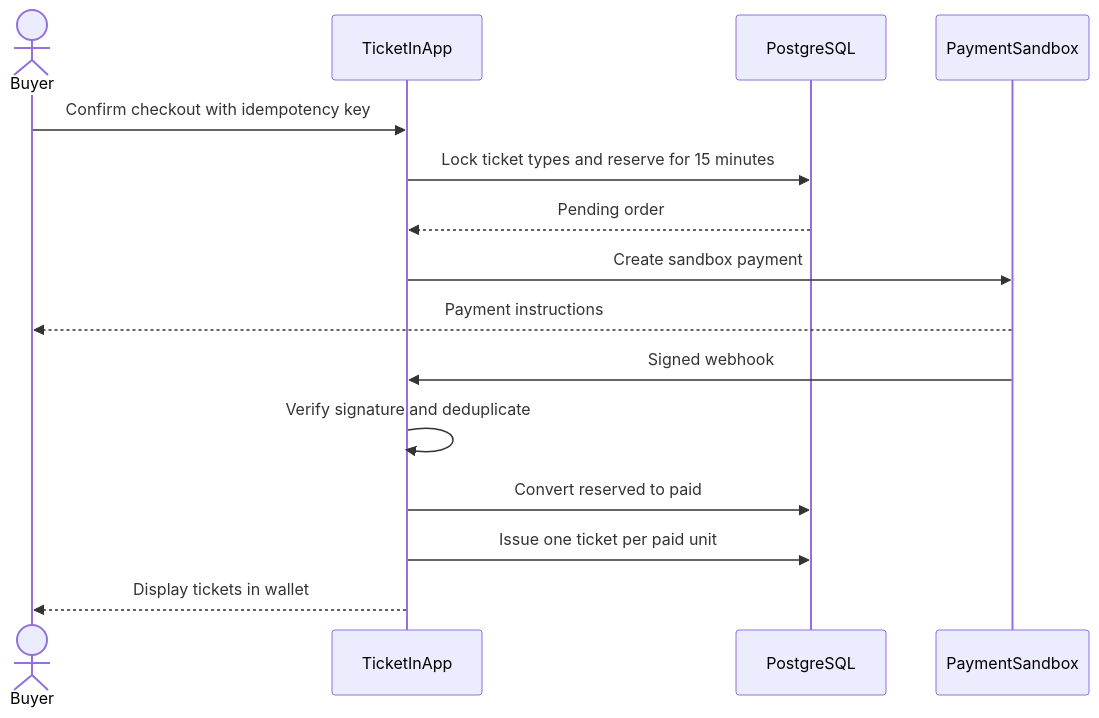
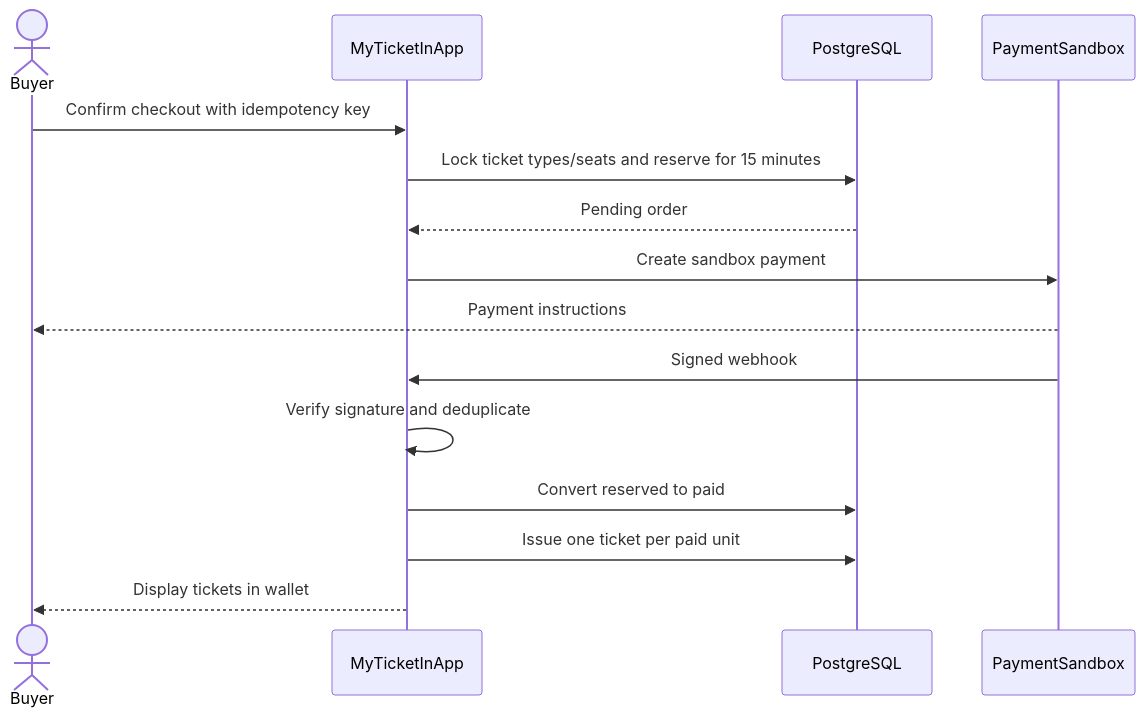
One commit to Fajrunshubhi/MyTicketIn changed the third of 5 diagrams in architecture-essentials.md. Above: the diagram before and after it, drawn with Mermaid. The commit also changed other lines of this file and 406 other files, not shown here.

````diff
--- a/architecture-essentials.md
+++ b/architecture-essentials.md
@@ -202,18 +202,18 @@
 ```mermaid
 sequenceDiagram
   actor Buyer
-  participant App as TicketInApp
+  participant App as MyTicketInApp
   participant DB as PostgreSQL
   participant Gateway as PaymentSandbox
 
   Buyer->>App: Confirm checkout with idempotency key
-  App->>DB: Lock ticket types and reserve for 15 minutes
+  App->>DB: Lock ticket types/seats and reserve for 15 minutes
   DB-->>App: Pending order
   App->>Gateway: Create sandbox payment
   Gateway-->>Buyer: Payment instructions
   Gateway->>App: Signed webhook
   App->>App: Verify signature and deduplicate
   App->>DB: Convert reserved to paid
   App->>DB: Issue one ticket per paid unit
   App-->>Buyer: Display tickets in wallet
 ```
````
